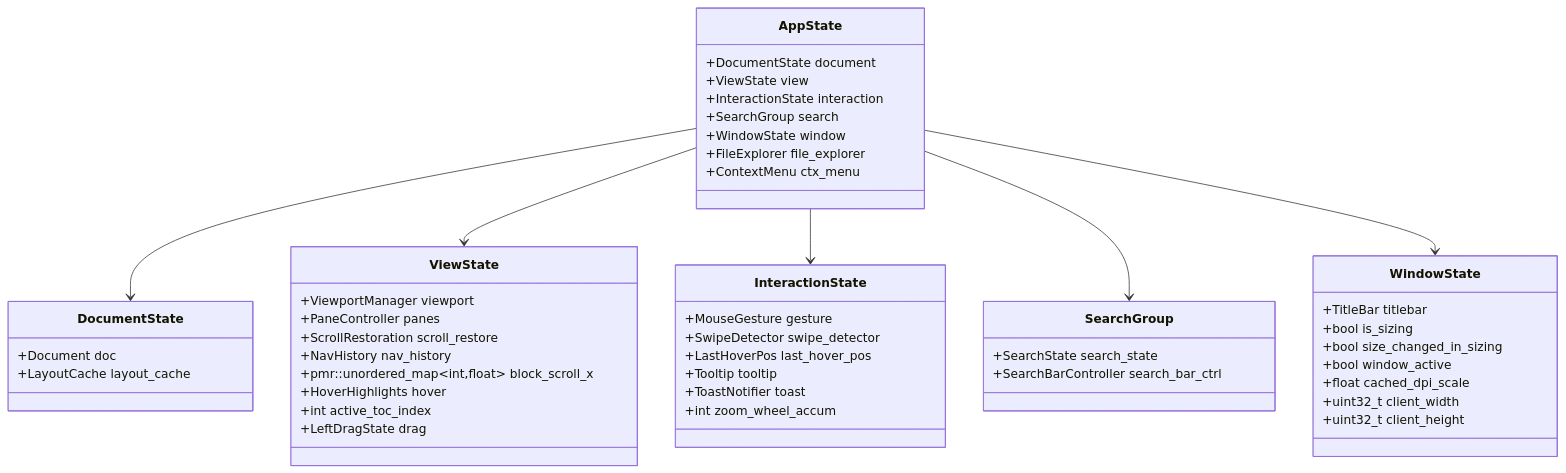
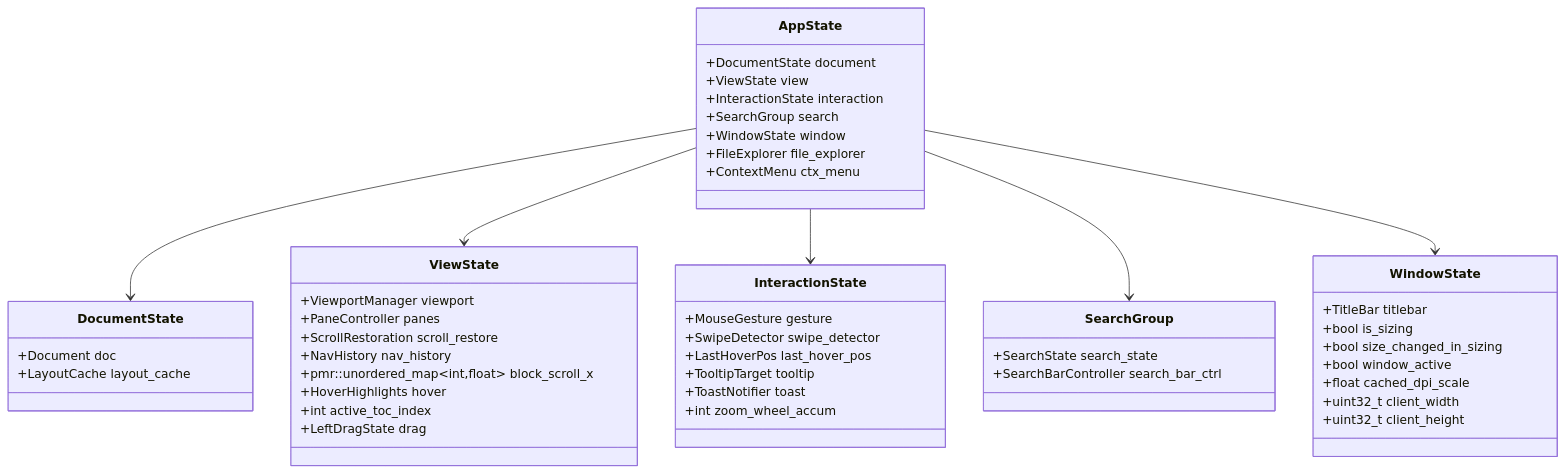
The fourth of 27 diagrams in example/test.md (tanaton/mendo), drawn with Mermaid before and after one commit. The commit also changed other lines of this file and 92 other files, not shown here.

````diff
--- a/example/test.md
+++ b/example/test.md
@@ -572,58 +575,58 @@
 ```mermaid
 classDiagram
     class AppState {
         +DocumentState document
         +ViewState view
         +InteractionState interaction
         +SearchGroup search
         +WindowState window
         +FileExplorer file_explorer
         +ContextMenu ctx_menu
     }
 
     class DocumentState {
         +Document doc
         +LayoutCache layout_cache
     }
 
     class ViewState {
         +ViewportManager viewport
         +PaneController panes
         +ScrollRestoration scroll_restore
         +NavHistory nav_history
         +pmr::unordered_map~int,float~ block_scroll_x
         +HoverHighlights hover
         +int active_toc_index
         +LeftDragState drag
     }
 
     class InteractionState {
         +MouseGesture gesture
         +SwipeDetector swipe_detector
         +LastHoverPos last_hover_pos
-        +Tooltip tooltip
+        +TooltipTarget tooltip
         +ToastNotifier toast
         +int zoom_wheel_accum
     }
 
     class SearchGroup {
         +SearchState search_state
         +SearchBarController search_bar_ctrl
     }
 
     class WindowState {
         +TitleBar titlebar
         +bool is_sizing
         +bool size_changed_in_sizing
         +bool window_active
         +float cached_dpi_scale
         +uint32_t client_width
         +uint32_t client_height
     }
 
     AppState --> DocumentState
     AppState --> ViewState
     AppState --> InteractionState
     AppState --> SearchGroup
     AppState --> WindowState
 ```
````
